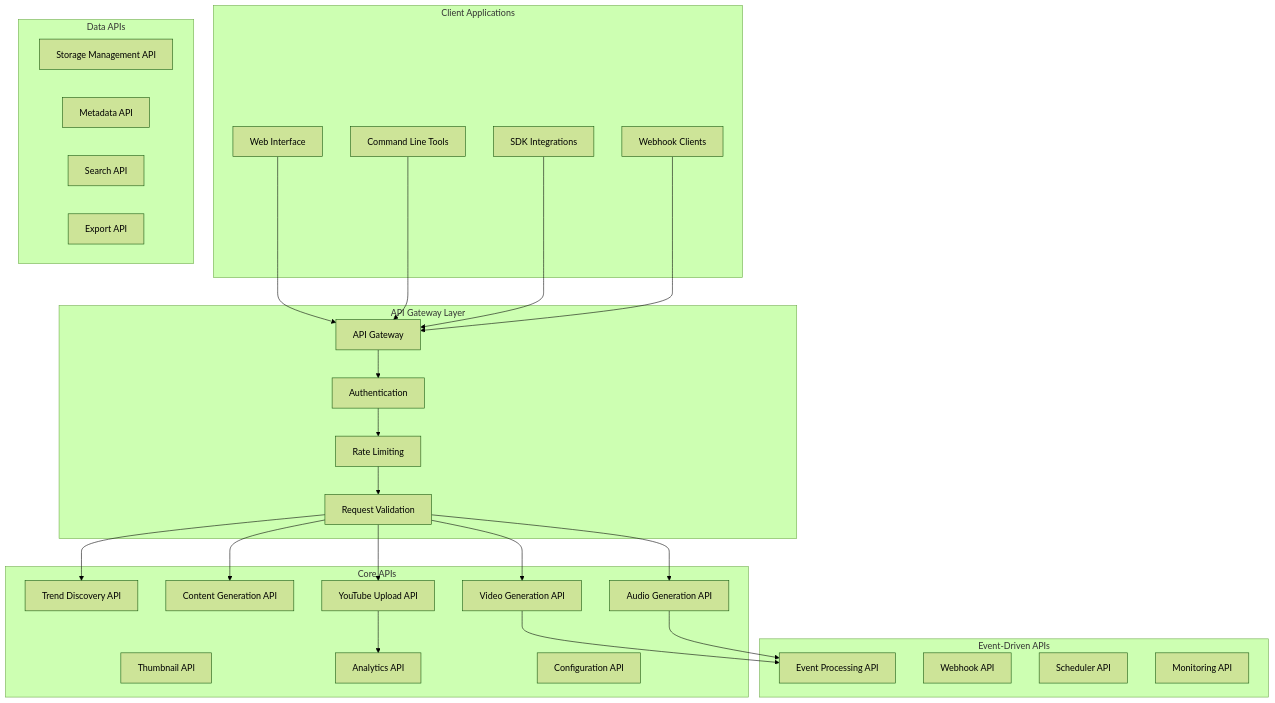
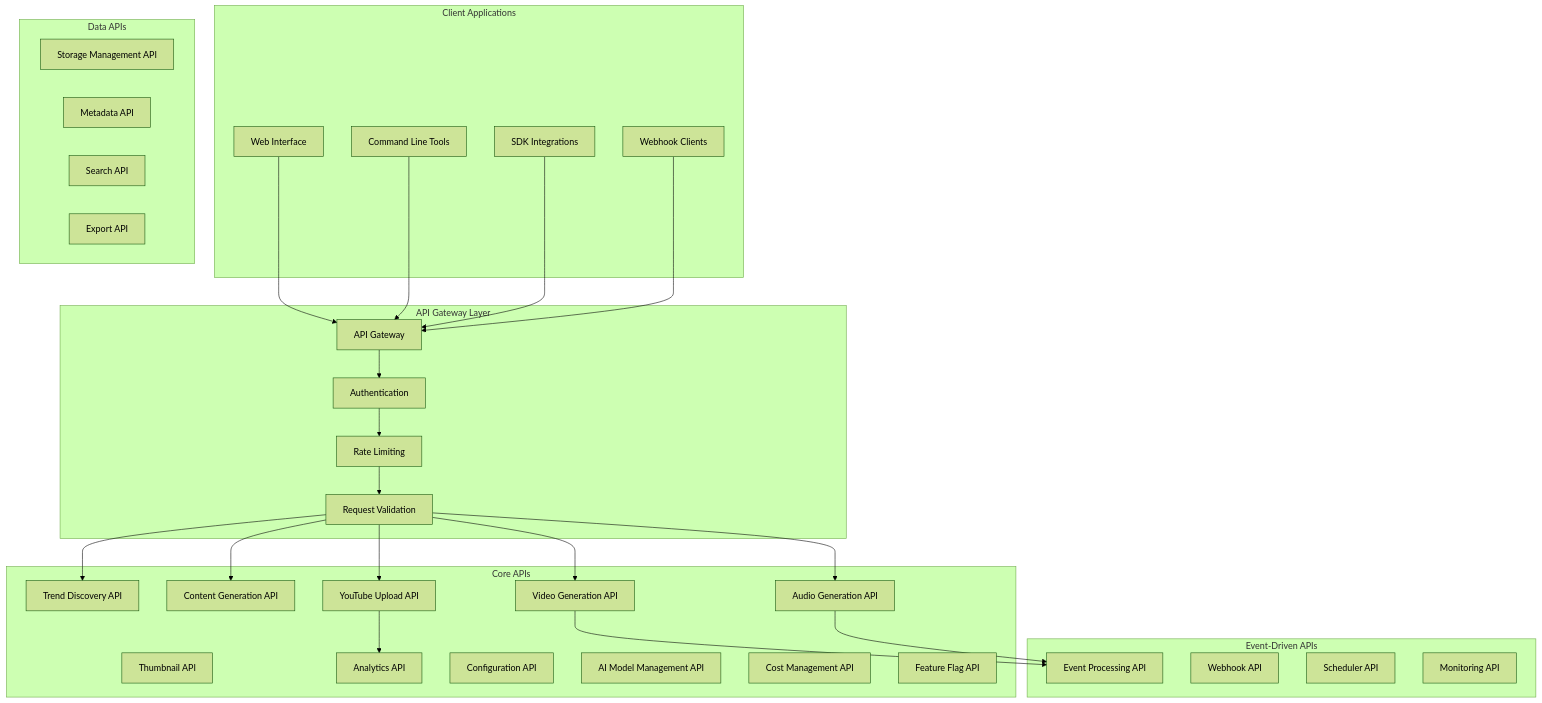
Before and after one commit to hitechparadigm/youtubetrends: the diagram in docs/API.md, drawn with Mermaid (forest theme). The commit also changed other lines of this file and 29 other files, not shown here.

````diff
--- a/docs/API.md
+++ b/docs/API.md
@@ -24,60 +26,63 @@
 ```mermaid
 graph TB
     subgraph "Client Applications"
         WEB[Web Interface]
         CLI[Command Line Tools]
         SDK[SDK Integrations]
         WEBHOOK[Webhook Clients]
     end
     
     subgraph "API Gateway Layer"
         APIGW[API Gateway]
         AUTH[Authentication]
         RATE[Rate Limiting]
         VALID[Request Validation]
     end
     
     subgraph "Core APIs"
         TREND_API[Trend Discovery API]
         CONTENT_API[Content Generation API]
         VIDEO_API[Video Generation API]
         AUDIO_API[Audio Generation API]
         THUMB_API[Thumbnail API]
         UPLOAD_API[YouTube Upload API]
         ANALYTICS_API[Analytics API]
         CONFIG_API[Configuration API]
+        AIMODEL_API[AI Model Management API]
+        COST_API[Cost Management API]
+        FEATURE_API[Feature Flag API]
     end
     
     subgraph "Event-Driven APIs"
         EVENT_API[Event Processing API]
         WEBHOOK_API[Webhook API]
         SCHEDULE_API[Scheduler API]
         MONITOR_API[Monitoring API]
     end
     
     subgraph "Data APIs"
         STORAGE_API[Storage Management API]
         METADATA_API[Metadata API]
         SEARCH_API[Search API]
         EXPORT_API[Export API]
     end
     
     WEB --> APIGW
     CLI --> APIGW
     SDK --> APIGW
     WEBHOOK --> APIGW
     
     APIGW --> AUTH
     AUTH --> RATE
     RATE --> VALID
     
     VALID --> TREND_API
     VALID --> CONTENT_API
     VALID --> VIDEO_API
     VALID --> AUDIO_API
     VALID --> UPLOAD_API
     
     VIDEO_API --> EVENT_API
     AUDIO_API --> EVENT_API
     UPLOAD_API --> ANALYTICS_API
 ```
````
